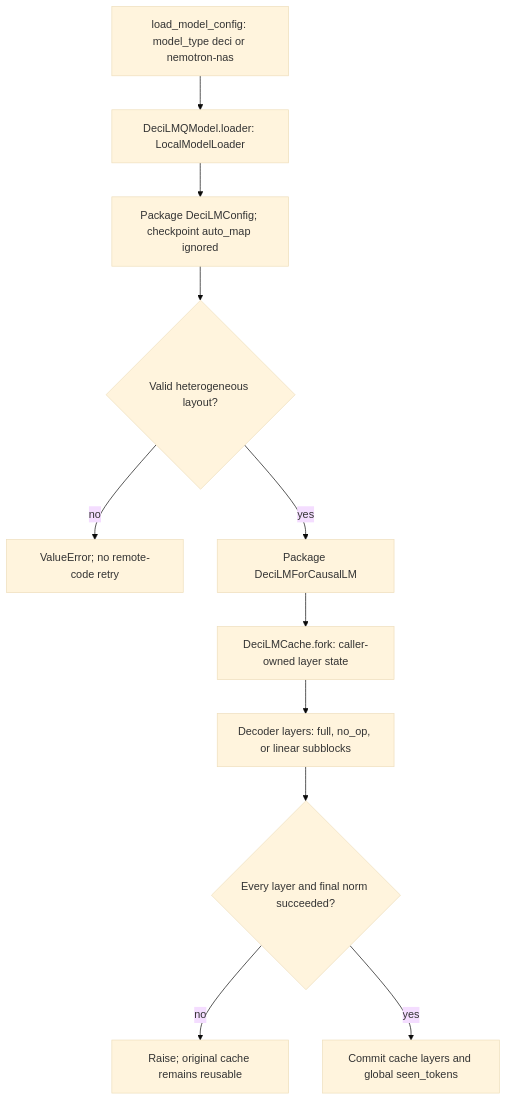
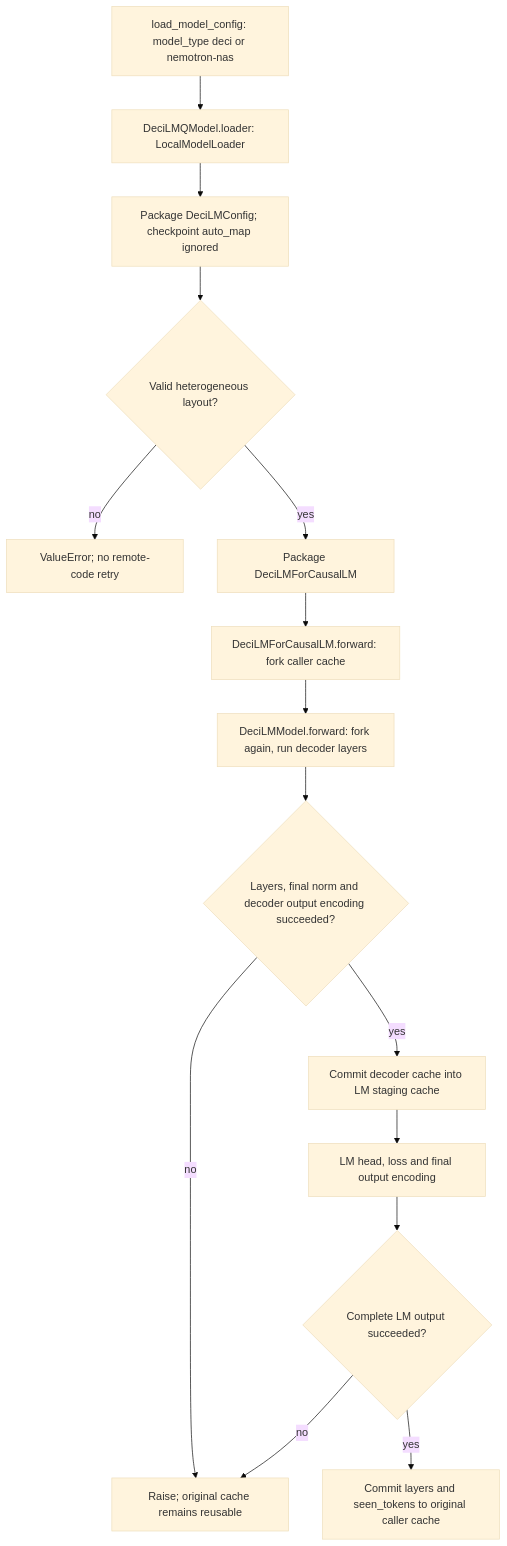
Before and after one commit to ModelCloud/GPTQModel: the diagram in gptqmodel/models/ports/decilm/README.md, drawn with Mermaid (base theme). The commit also changed other lines of this file and 2 other files, not shown here.

Commit message:
Keep DeciLM caches transactional through LM head and output encoding

````diff
--- a/gptqmodel/models/ports/decilm/README.md
+++ b/gptqmodel/models/ports/decilm/README.md
@@ -35,13 +35,17 @@
 ```mermaid
 flowchart TD
     A["load_model_config: model_type deci or nemotron-nas"] --> B["DeciLMQModel.loader: LocalModelLoader"]
     B --> C["Package DeciLMConfig; checkpoint auto_map ignored"]
     C --> D{"Valid heterogeneous layout?"}
     D -->|no| E["ValueError; no remote-code retry"]
     D -->|yes| F["Package DeciLMForCausalLM"]
-    F --> G["DeciLMCache.fork: caller-owned layer state"]
-    G --> H["Decoder layers: full, no_op, or linear subblocks"]
-    H --> I{"Every layer and final norm succeeded?"}
+    F --> G["DeciLMForCausalLM.forward: fork caller cache"]
+    G --> H["DeciLMModel.forward: fork again, run decoder layers"]
+    H --> I{"Layers, final norm and decoder output encoding succeeded?"}
     I -->|no| J["Raise; original cache remains reusable"]
-    I -->|yes| K["Commit cache layers and global seen_tokens"]
+    I -->|yes| K["Commit decoder cache into LM staging cache"]
+    K --> L["LM head, loss and final output encoding"]
+    L --> M{"Complete LM output succeeded?"}
+    M -->|no| J
+    M -->|yes| N["Commit layers and seen_tokens to original caller cache"]
 ```
````
